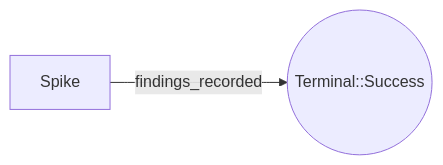
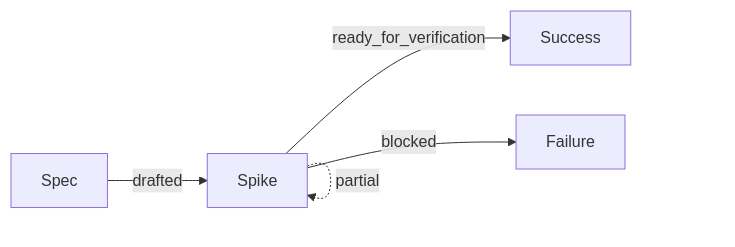
Before and after one commit to vanyastaff/surge: the sixth of 6 diagrams in docs/archetypes.md, drawn with Mermaid. The commit also changed other lines of this file and 321 other files, not shown here.

````diff
--- a/docs/archetypes.md
+++ b/docs/archetypes.md
@@ -118,4 +128,7 @@
 ```mermaid
 flowchart LR
-    Spike --> |findings_recorded| End((Terminal::Success))
+    Spec -->|drafted| Spike
+    Spike -->|ready_for_verification| Success
+    Spike -->|blocked| Failure
+    Spike -. partial .-> Spike
 ```
````
